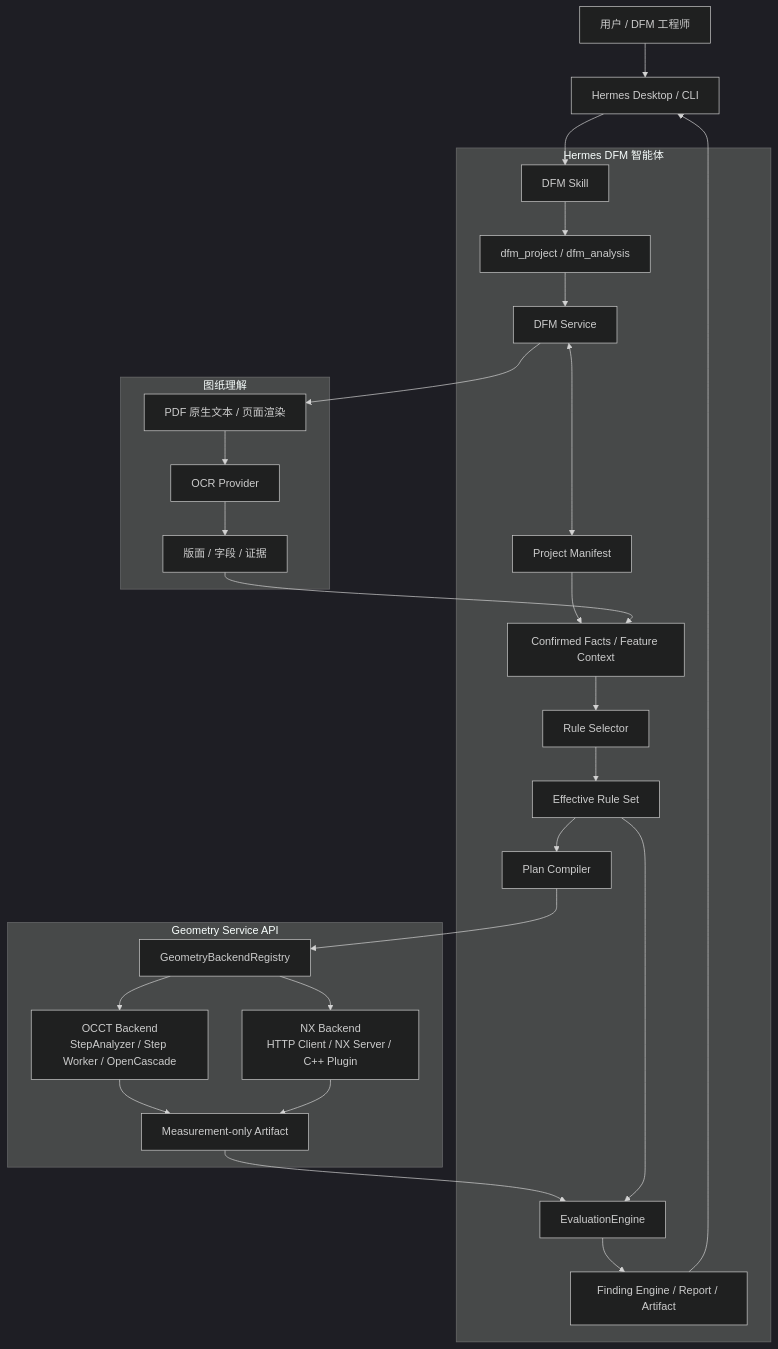
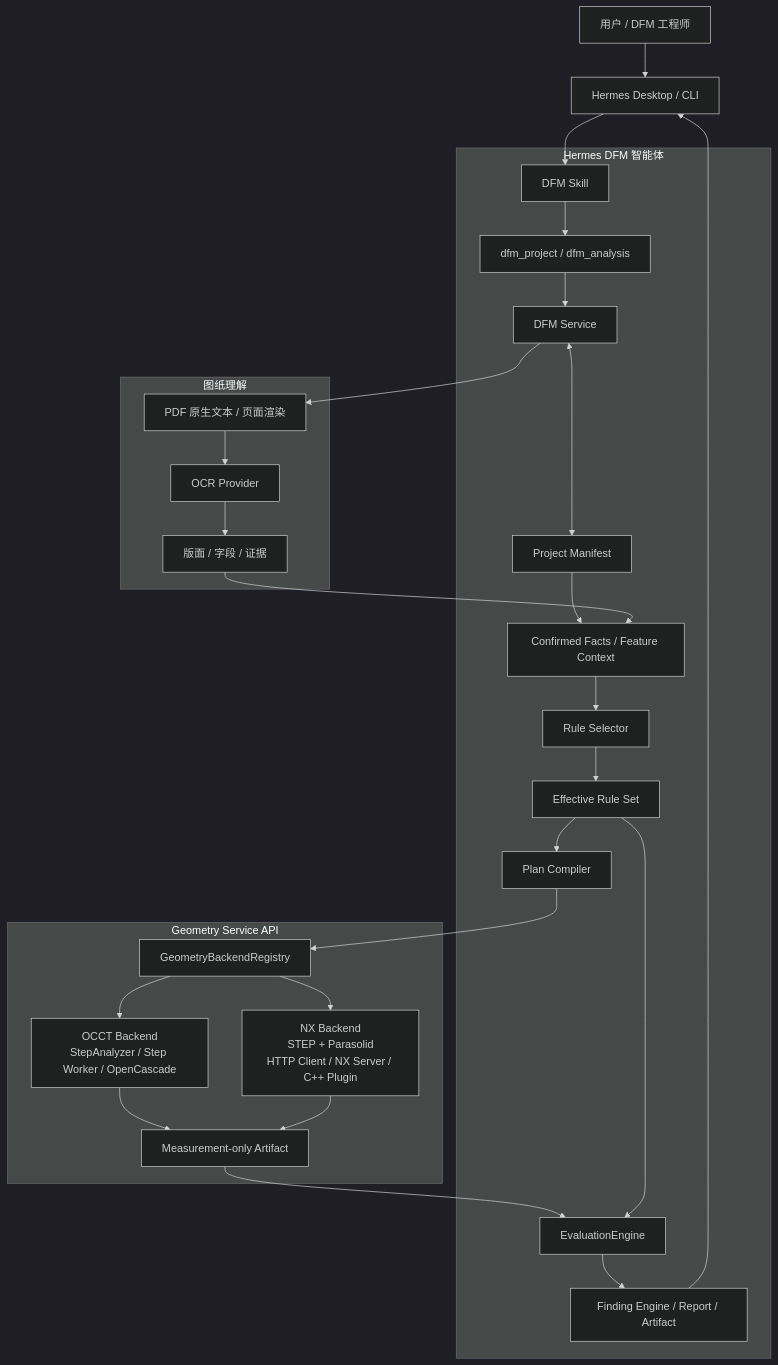
One commit to 1004860611/hermes-agent changed the diagram in docs/plans/2026-07-23-dfm-team-architecture-and-ownership.md. Above: the diagram before and after it, drawn with Mermaid (dark theme). The commit also changed other lines of this file and 36 other files, not shown here.

````diff
--- a/docs/plans/2026-07-23-dfm-team-architecture-and-ownership.md
+++ b/docs/plans/2026-07-23-dfm-team-architecture-and-ownership.md
@@ -66,47 +67,47 @@
 ```mermaid
 flowchart TB
     U[用户 / DFM 工程师]
     UI[Hermes Desktop / CLI]
 
     subgraph AGENT[Hermes DFM 智能体]
         SKILL[DFM Skill]
         TOOL[dfm_project / dfm_analysis]
         SERVICE[DFM Service]
         MANIFEST[Project Manifest]
         FACTS[Confirmed Facts / Feature Context]
         SELECTOR[Rule Selector]
         EFFECTIVE[Effective Rule Set]
         PLAN[Plan Compiler]
         EVALUATION[EvaluationEngine]
         FINDING[Finding Engine / Report / Artifact]
     end
 
     subgraph GEOMETRY[Geometry Service API]
         REGISTRY[GeometryBackendRegistry]
         OCCT[OCCT Backend<br/>StepAnalyzer / Step Worker / OpenCascade]
-        NX[NX Backend<br/>HTTP Client / NX Server / C++ Plugin]
+        NX[NX Backend<br/>STEP + Parasolid<br/>HTTP Client / NX Server / C++ Plugin]
         MEASUREMENT[Measurement-only Artifact]
     end
 
     subgraph DRAWING[图纸理解]
         PDF[PDF 原生文本 / 页面渲染]
         OCR[OCR Provider]
         LAYOUT[版面 / 字段 / 证据]
     end
 
     U --> UI --> SKILL --> TOOL --> SERVICE
     SERVICE <--> MANIFEST
     MANIFEST --> FACTS
     FACTS --> SELECTOR --> EFFECTIVE --> PLAN
     PLAN --> REGISTRY
     REGISTRY --> OCCT
     REGISTRY --> NX
     OCCT --> MEASUREMENT
     NX --> MEASUREMENT
     MEASUREMENT --> EVALUATION
     EFFECTIVE --> EVALUATION
     EVALUATION --> FINDING
     SERVICE --> PDF --> OCR --> LAYOUT
     LAYOUT --> FACTS
     FINDING --> UI
 ```
````
